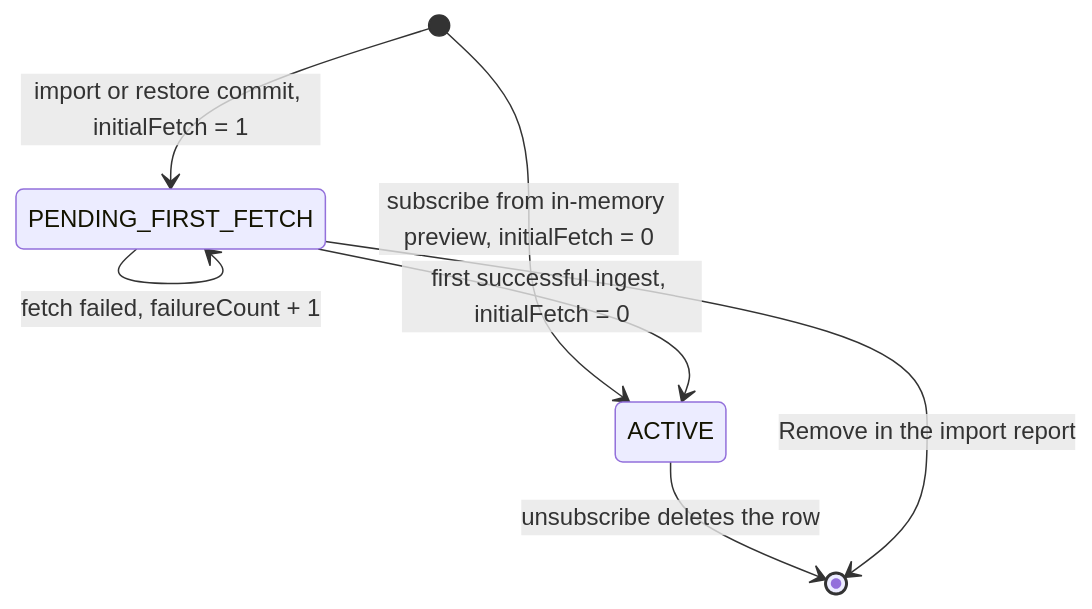
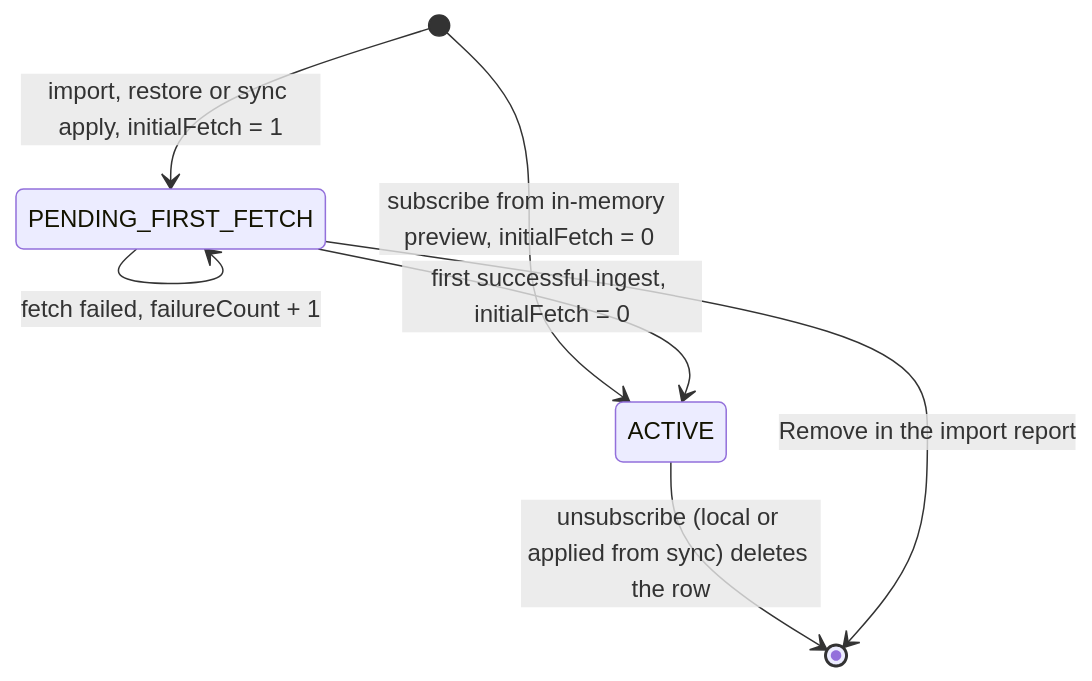
One commit to BigBoyDevBox/Neutrodyne changed the second of 5 diagrams in docs/design/02-data-model.md. Above: the diagram before and after it, drawn with Mermaid. The commit also changed other lines of this file, not shown here.

````diff
--- a/docs/design/02-data-model.md
+++ b/docs/design/02-data-model.md
@@ -360,9 +455,9 @@
 ```mermaid
 stateDiagram-v2
-  [*] --> PENDING_FIRST_FETCH: import or restore commit, initialFetch = 1
+  [*] --> PENDING_FIRST_FETCH: import, restore or sync apply, initialFetch = 1
   [*] --> ACTIVE: subscribe from in-memory preview, initialFetch = 0
   PENDING_FIRST_FETCH --> PENDING_FIRST_FETCH: fetch failed, failureCount + 1
   PENDING_FIRST_FETCH --> ACTIVE: first successful ingest, initialFetch = 0
-  ACTIVE --> [*]: unsubscribe deletes the row
+  ACTIVE --> [*]: unsubscribe (local or applied from sync) deletes the row
   PENDING_FIRST_FETCH --> [*]: Remove in the import report
 ```
````
